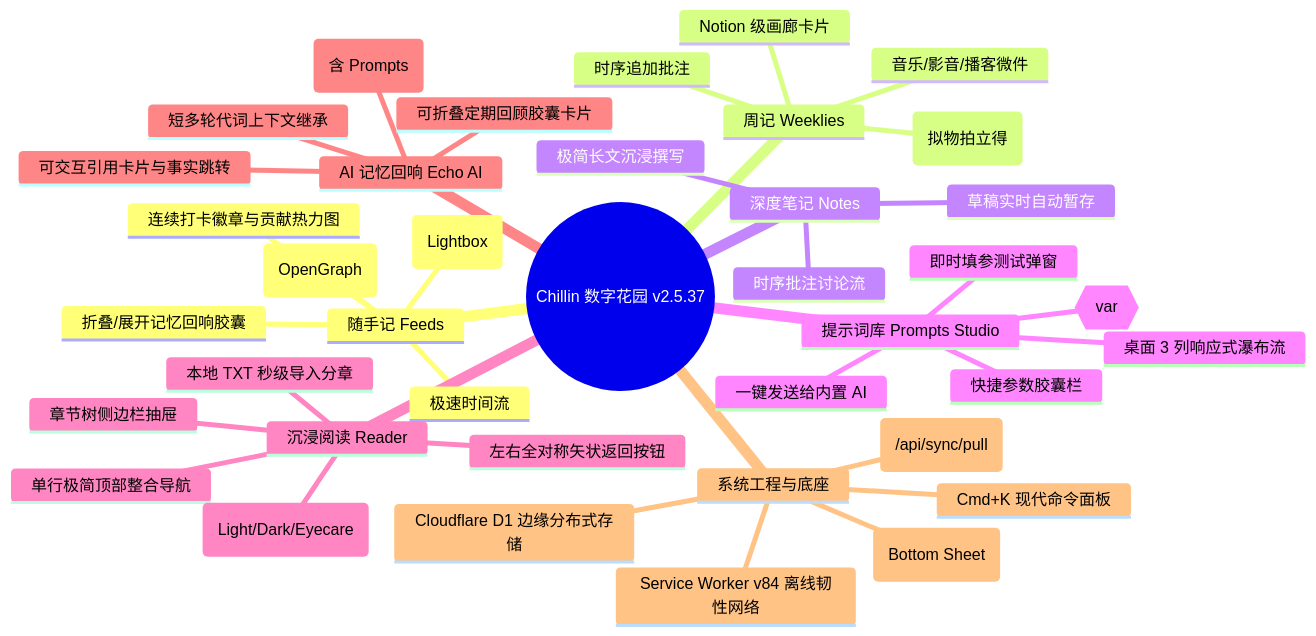
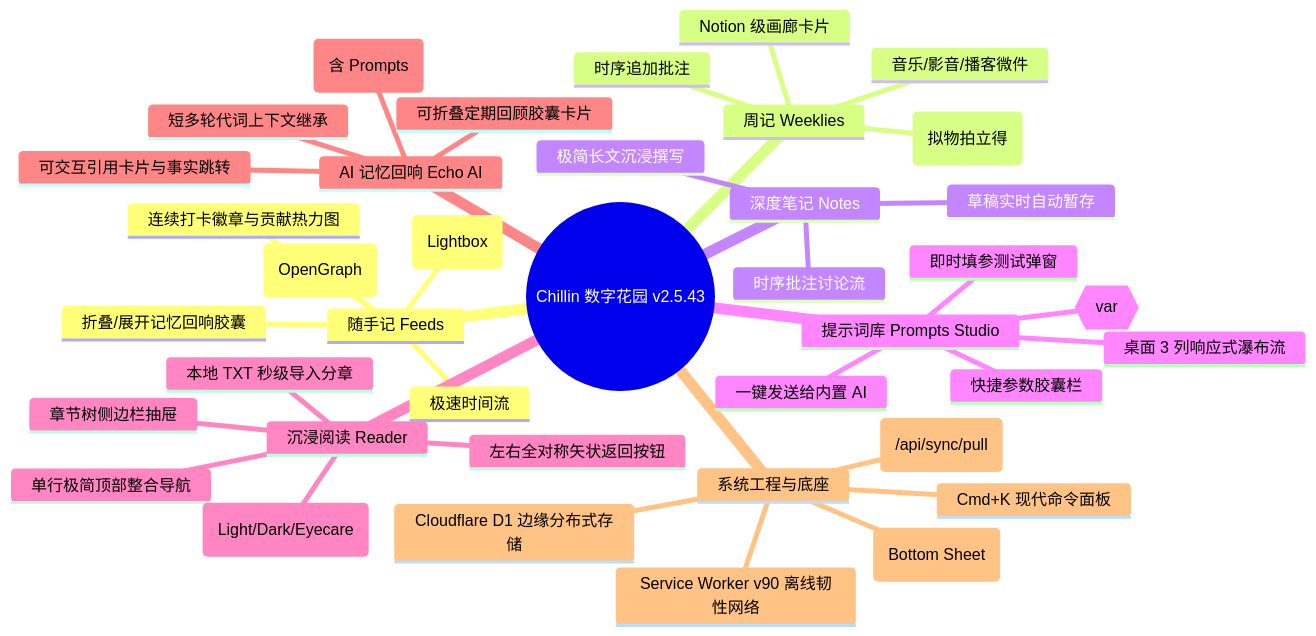
The diagram in docs/Chillin数字花园_产品全景与工程架构分析报告.md (2089700996jy-del/chillin), drawn with Mermaid before and after one commit. The commit also changed other lines of this file and 1 other file, not shown here.

First line of the commit message:
docs: sync the architecture report and progress log to v2.5.43

````diff
--- a/docs/Chillin数字花园_产品全景与工程架构分析报告.md
+++ b/docs/Chillin数字花园_产品全景与工程架构分析报告.md
@@ -62,42 +62,42 @@
 ```mermaid
 mindmap
-  root((Chillin 数字花园 v2.5.37))
+  root((Chillin 数字花园 v2.5.43))
     随手记 Feeds
       极速时间流
       外链卡片解析 (OpenGraph)
       全屏手势图片灯箱 (Lightbox)
       连续打卡徽章与贡献热力图
       折叠/展开记忆回响胶囊
     周记 Weeklies
       Notion 级画廊卡片
       烟火日常 (拟物拍立得)
       音乐/影音/播客微件
       时序追加批注
     深度笔记 Notes
       极简长文沉浸撰写
       草稿实时自动暂存
       时序批注讨论流
     提示词库 Prompts Studio
       参数化占位符 {{var}}
       快捷参数胶囊栏
       即时填参测试弹窗
       一键发送给内置 AI
       桌面 3 列响应式瀑布流
     沉浸阅读 Reader
       本地 TXT 秒级导入分章
       单行极简顶部整合导航
       左右全对称矢状返回按钮
       章节树侧边栏抽屉
       三档全站主题 (Light/Dark/Eyecare)
     AI 记忆回响 Echo AI
       全域资产索引 (含 Prompts)
       短多轮代词上下文继承
       可交互引用卡片与事实跳转
       可折叠定期回顾胶囊卡片
     系统工程与底座
       Cmd+K 现代命令面板
       全屏手势与半屏抽屉 (Bottom Sheet)
       单 RTT 聚合增量同步 (/api/sync/pull)
-      Service Worker v84 离线韧性网络
+      Service Worker v90 离线韧性网络
       Cloudflare D1 边缘分布式存储
 ```
````
